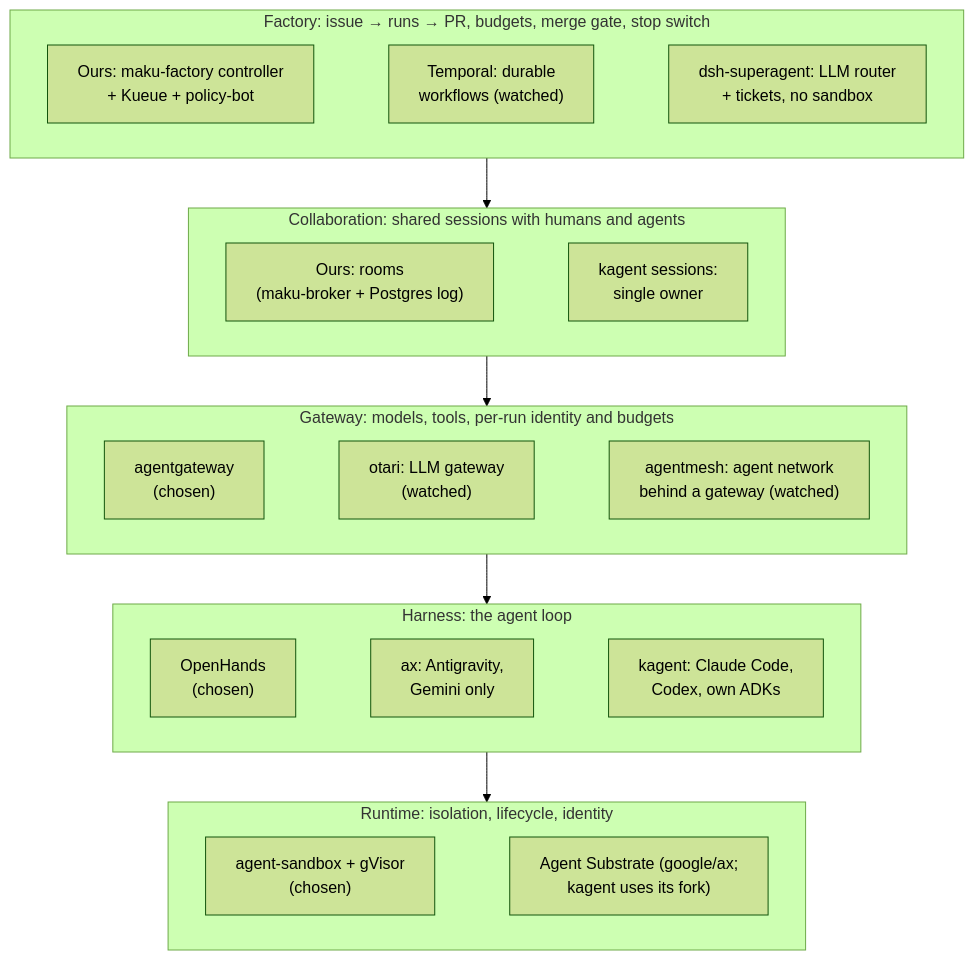
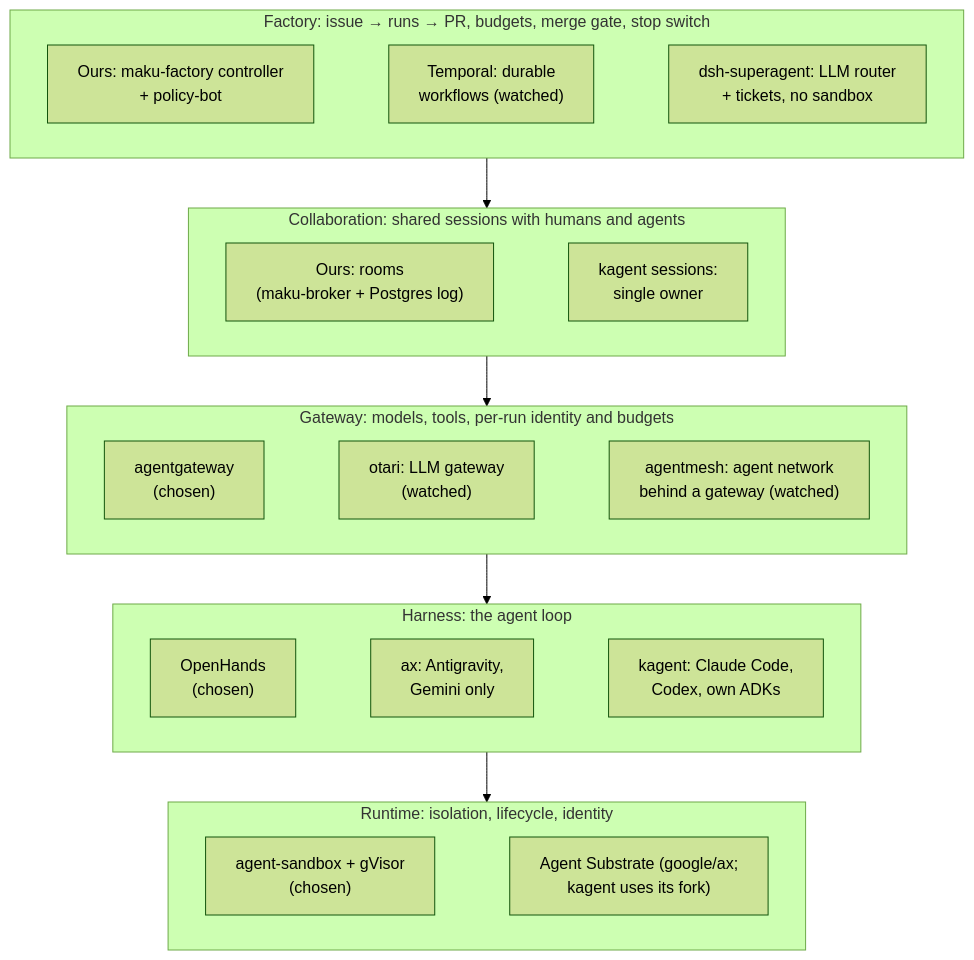
One commit to Smana/ai-native-ref changed the diagram in website/content/docs/how-it-works/alternatives.md. Above: the diagram before and after it, drawn with Mermaid (forest theme). The commit also changed other lines of this file and 65 other files, not shown here.

````diff
--- a/website/content/docs/how-it-works/alternatives.md
+++ b/website/content/docs/how-it-works/alternatives.md
@@ -42,25 +42,25 @@
 ```mermaid
 %%{init: {"flowchart": {"wrappingWidth": 400}}}%%
 flowchart TB
   subgraph L5["Factory: issue → runs → PR, budgets, merge gate, stop switch"]
     direction LR
-    F5["Ours: maku-factory controller<br/>+ Kueue + policy-bot"] ~~~ T5["Temporal: durable<br/>workflows (watched)"] ~~~ D5["dsh-superagent: LLM router<br/>+ tickets, no sandbox"]
+    F5["Ours: maku-factory controller<br/>+ policy-bot"] ~~~ T5["Temporal: durable<br/>workflows (watched)"] ~~~ D5["dsh-superagent: LLM router<br/>+ tickets, no sandbox"]
   end
   subgraph L4["Collaboration: shared sessions with humans and agents"]
     direction LR
     F4["Ours: rooms<br/>(maku-broker + Postgres log)"] ~~~ K4["kagent sessions:<br/>single owner"]
   end
   subgraph L3["Gateway: models, tools, per-run identity and budgets"]
     direction LR
     F3["agentgateway<br/>(chosen)"] ~~~ O3["otari: LLM gateway<br/>(watched)"] ~~~ M3["agentmesh: agent network<br/>behind a gateway (watched)"]
   end
   subgraph L2["Harness: the agent loop"]
     direction LR
     F2["OpenHands<br/>(chosen)"] ~~~ A2["ax: Antigravity,<br/>Gemini only"] ~~~ K2["kagent: Claude Code,<br/>Codex, own ADKs"]
   end
   subgraph L1["Runtime: isolation, lifecycle, identity"]
     direction LR
     F1["agent-sandbox + gVisor<br/>(chosen)"] ~~~ S1["Agent Substrate (google/ax;<br/>kagent uses its fork)"]
   end
   L5 --> L4 --> L3 --> L2 --> L1
 ```
````
